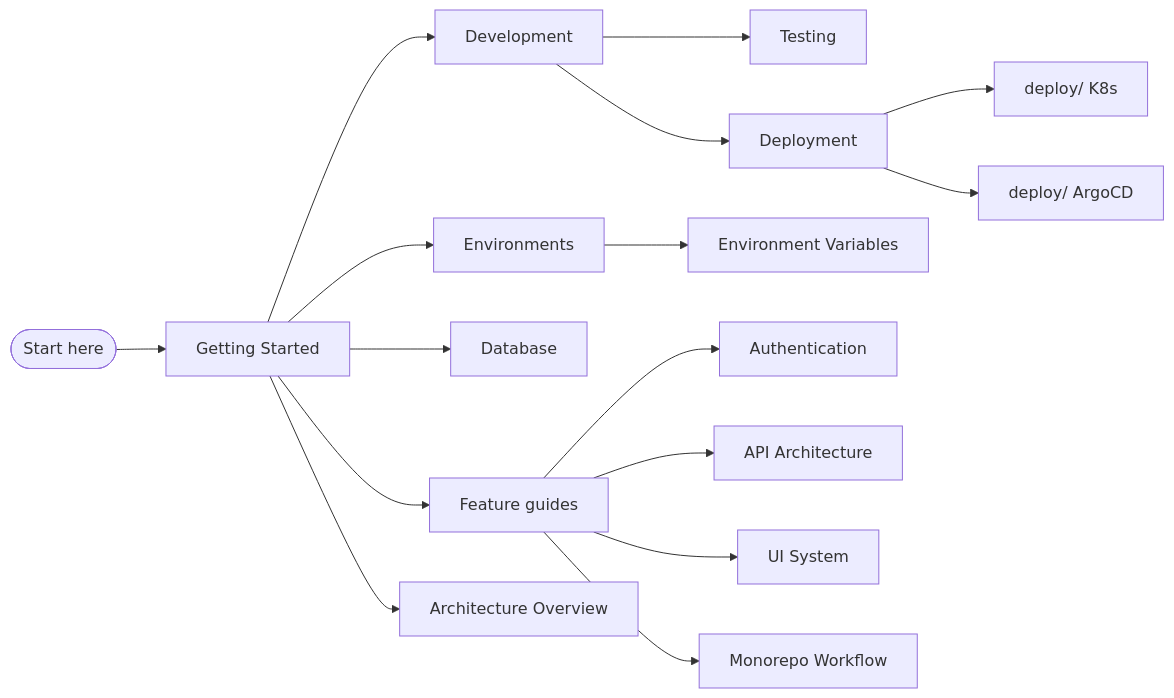
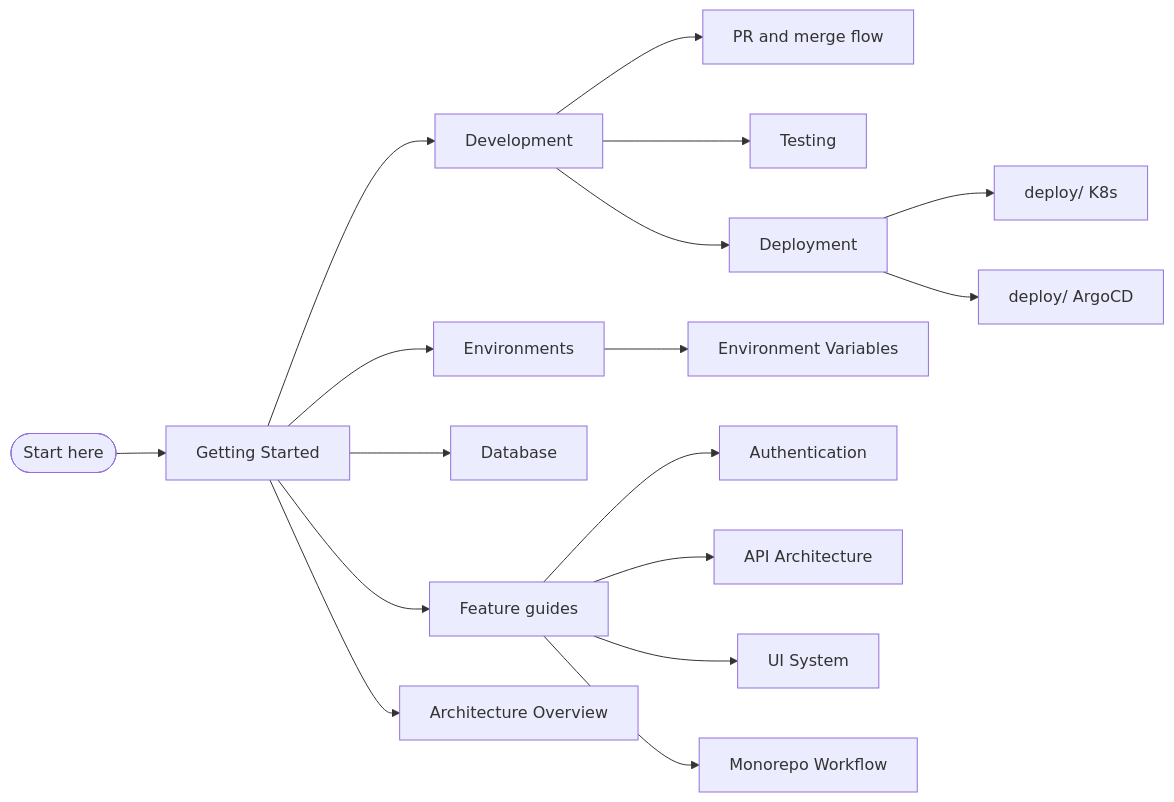
Before and after one commit to Khalil-Bchir/full-stack-saas-boilerplate: the diagram in doc/README.md, drawn with Mermaid. The commit also changed other lines of this file and 3 other files, not shown here.

First line of the commit message:
docs: explain PR and merge promotion flow

````diff
--- a/doc/README.md
+++ b/doc/README.md
@@ -10,23 +10,24 @@
 ```mermaid
 flowchart LR
     Start([Start here]) --> GS[Getting Started]
     GS --> Dev[Development]
     GS --> Env[Environments]
     GS --> DB[Database]
 
+    Dev --> PR[PR and merge flow]
     Dev --> Test[Testing]
     Dev --> Deploy[Deployment]
 
     Env --> EnvVars[Environment Variables]
 
     Deploy --> Infra[deploy/ K8s]
     Deploy --> Argo[deploy/ ArgoCD]
 
     GS --> Features[Feature guides]
     Features --> Auth[Authentication]
     Features --> API[API Architecture]
     Features --> UI[UI System]
     Features --> Mono[Monorepo Workflow]
 
     GS --> Arch[Architecture Overview]
 ```
````
